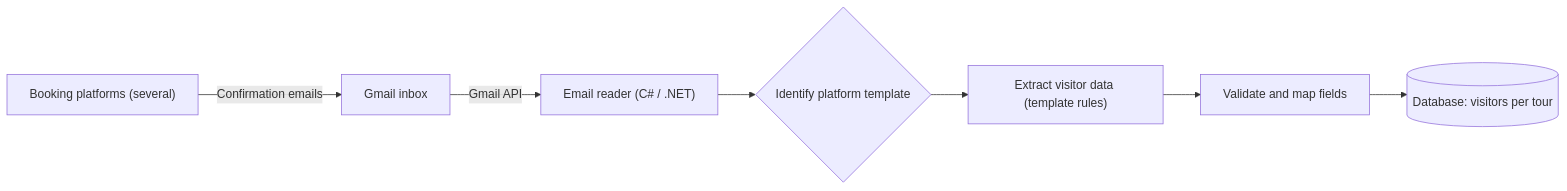
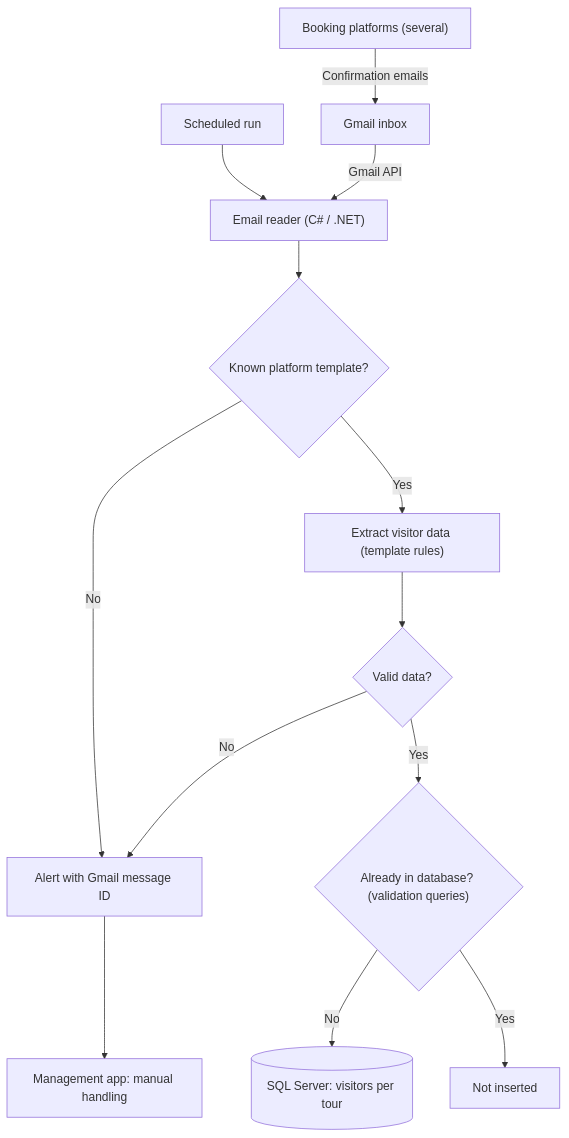
Before and after one commit to FypeiH/portfolio-site: the diagram in content/diagrams/email-scraper.mmd, drawn with Mermaid. The commit also changed 22 other files, not shown here.

```diff
--- a/content/diagrams/email-scraper.mmd
+++ b/content/diagrams/email-scraper.mmd
@@ -1,7 +1,13 @@
-graph LR
+graph TD
   P["Booking platforms (several)"] -->|"Confirmation emails"| G["Gmail inbox"]
-  G -->|"Gmail API"| R["Email reader (C# / .NET)"]
-  R --> T{"Identify platform template"}
-  T --> X["Extract visitor data (template rules)"]
-  X --> V["Validate and map fields"]
-  V --> DB[("Database: visitors per tour")]
+  S["Scheduled run"] --> R["Email reader (C# / .NET)"]
+  G -->|"Gmail API"| R
+  R --> T{"Known platform template?"}
+  T -->|"Yes"| X["Extract visitor data (template rules)"]
+  T -->|"No"| AL["Alert with Gmail message ID"]
+  X --> V{"Valid data?"}
+  V -->|"No"| AL
+  V -->|"Yes"| D{"Already in database? (validation queries)"}
+  D -->|"No"| DB[("SQL Server: visitors per tour")]
+  D -->|"Yes"| N["Not inserted"]
+  AL --> M["Management app: manual handling"]
```
